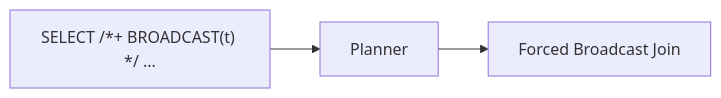
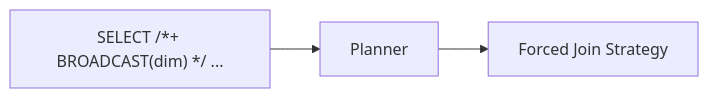
The diagram in spark-sql/docs/join/hints/index.md (mahfooziiitian/spark-batch), drawn with Mermaid before and after one commit. The commit also changed other lines of this file and 223 other files, not shown here.

````diff
--- a/spark-sql/docs/join/hints/index.md
+++ b/spark-sql/docs/join/hints/index.md
@@ -10,5 +10,5 @@
 ```mermaid
 graph LR
-    Q["SELECT /*+ BROADCAST(t) */ ..."] --> P[Planner]
-    P --> J[Forced Broadcast Join]
+    Q["SELECT /*+ BROADCAST(dim) */ ..."] --> P[Planner]
+    P --> J[Forced Join Strategy]
 ```
````
